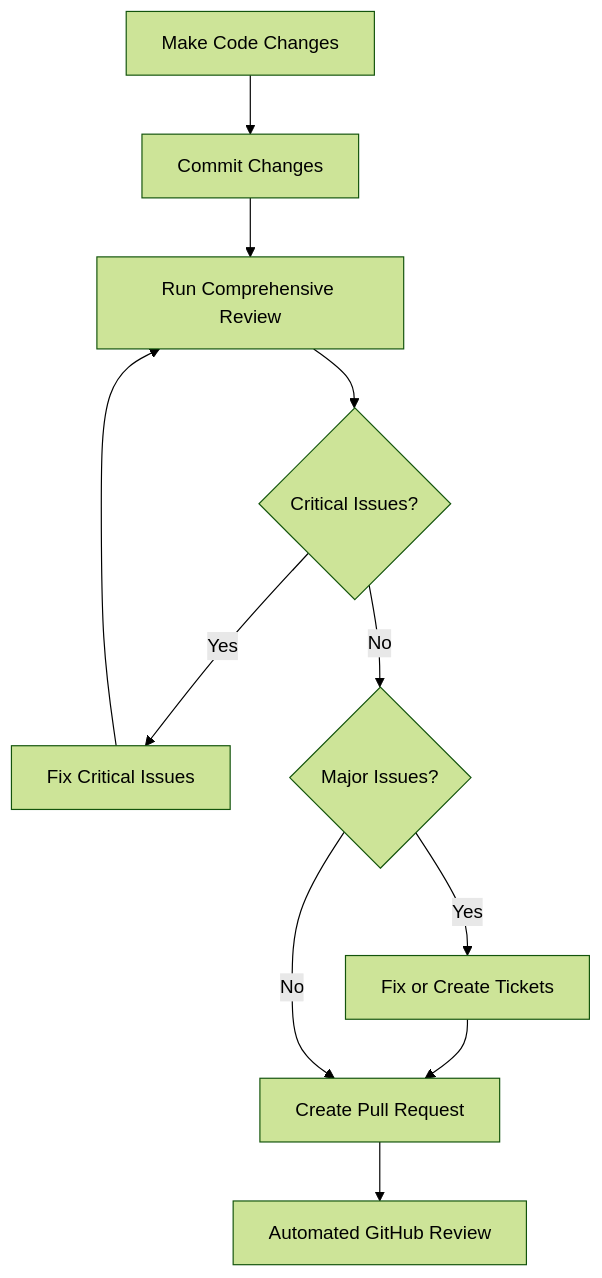
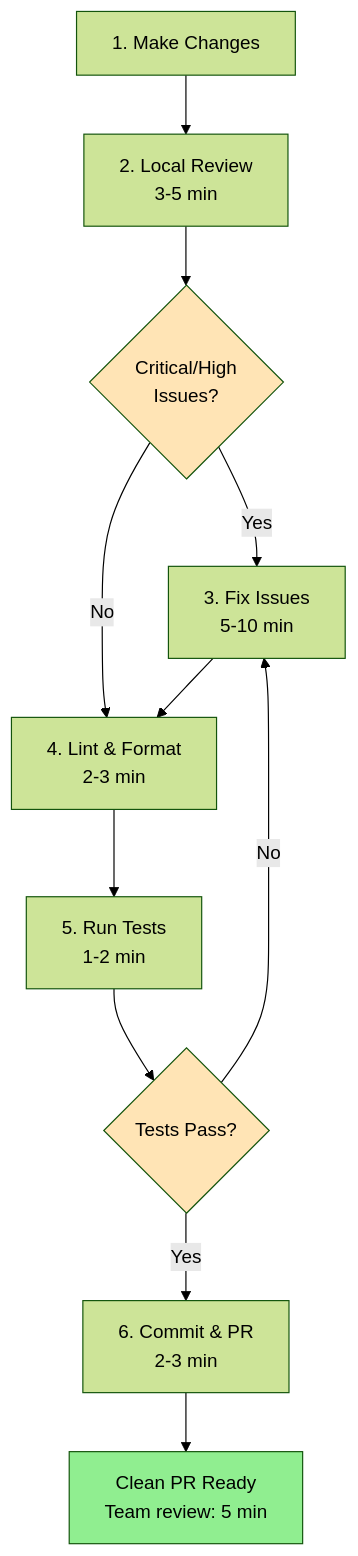
The first of 8 diagrams in docs/typical-workflows.md (thomasholknielsen/claude-code-config), drawn with Mermaid (forest theme) before and after one commit. The commit also changed other lines of this file and 130 other files, not shown here.

````diff
--- a/docs/typical-workflows.md
+++ b/docs/typical-workflows.md
@@ -21,13 +66,17 @@
 ```mermaid
 graph TD
-    A[Make Code Changes] --> B[Commit Changes]
-    B --> C[Run Comprehensive Review]
-    C --> D{Critical Issues?}
-    D -->|Yes| E[Fix Critical Issues]
-    E --> C
-    D -->|No| F{Major Issues?}
-    F -->|Yes| G[Fix or Create Tickets]
-    G --> H[Create Pull Request]
-    F -->|No| H
-    H --> I[Automated GitHub Review]
+    A[1. Make Changes] --> B[2. Local Review<br/>3-5 min]
+    B --> C{Critical/High<br/>Issues?}
+    C -->|Yes| D[3. Fix Issues<br/>5-10 min]
+    C -->|No| E[4. Lint & Format<br/>2-3 min]
+    D --> E
+    E --> F[5. Run Tests<br/>1-2 min]
+    F --> G{Tests Pass?}
+    G -->|No| D
+    G -->|Yes| H[6. Commit & PR<br/>2-3 min]
+    H --> I[Clean PR Ready<br/>Team review: 5 min]
+
+    style I fill:#90EE90
+    style C fill:#FFE4B5
+    style G fill:#FFE4B5
 ```
````
